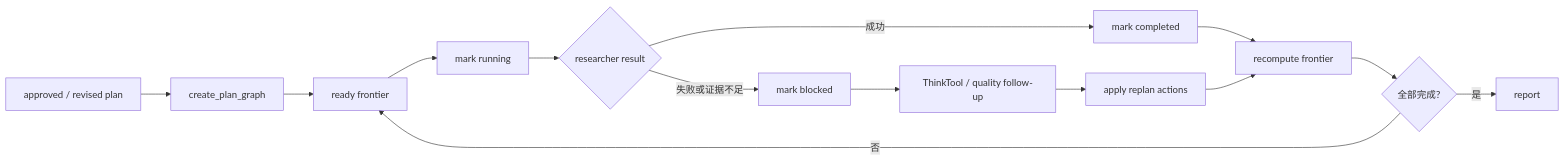
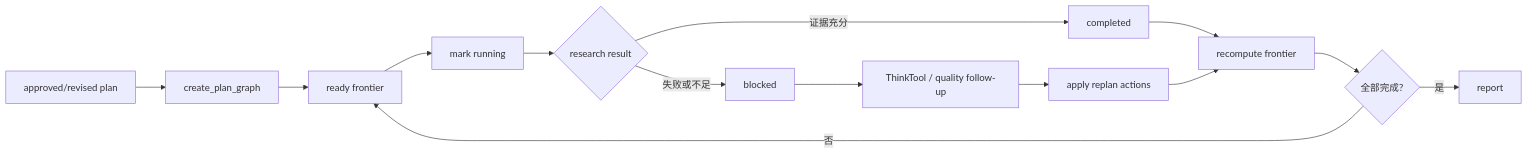
The fourth of 6 diagrams in README.md (LittleSongxx/SoulSearcher), drawn with Mermaid before and after one commit. The commit also changed other lines of this file and 124 other files, not shown here.

````diff
--- a/README.md
+++ b/README.md
@@ -167,16 +181,16 @@
 ```mermaid
 flowchart LR
-    P["approved / revised plan"] --> G["create_plan_graph"]
-    G --> F["ready frontier"]
-    F --> R["mark running"]
-    R --> C{"researcher result"}
-    C -->|成功| D["mark completed"]
-    C -->|失败或证据不足| B["mark blocked"]
-    D --> N["recompute frontier"]
-    B --> T["ThinkTool / quality follow-up"]
-    T --> RP["apply replan actions"]
-    RP --> N
-    N --> S{"全部完成?"}
-    S -->|否| F
-    S -->|是| O["report"]
+    A["approved/revised plan"] --> B["create_plan_graph"]
+    B --> C["ready frontier"]
+    C --> D["mark running"]
+    D --> E{"research result"}
+    E -->|证据充分| F["completed"]
+    E -->|失败或不足| G["blocked"]
+    F --> H["recompute frontier"]
+    G --> I["ThinkTool / quality follow-up"]
+    I --> J["apply replan actions"]
+    J --> H
+    H --> K{"全部完成?"}
+    K -->|否| C
+    K -->|是| L["report"]
 ```
````
